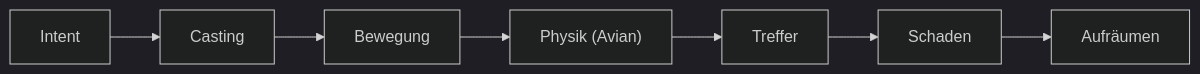
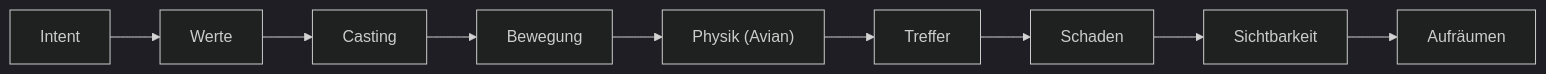
Before and after one commit to MagierSpieleSchmiede/mage-game: the diagram in docs/architecture/simulationsmodell.md, drawn with Mermaid (dark theme). The commit also changed other lines of this file and 74 other files, not shown here.

````diff
--- a/docs/architecture/simulationsmodell.md
+++ b/docs/architecture/simulationsmodell.md
@@ -20,9 +23,11 @@
 ```mermaid
 flowchart LR
-  A["Intent"] --> B["Casting"]
+  A["Intent"] --> W["Werte"]
+  W --> B["Casting"]
   B --> C["Bewegung"]
   C --> D["Physik (Avian)"]
   D --> E["Treffer"]
   E --> F["Schaden"]
-  F --> G["Aufräumen"]
+  F --> V["Sichtbarkeit"]
+  V --> G["Aufräumen"]
 ```
````
